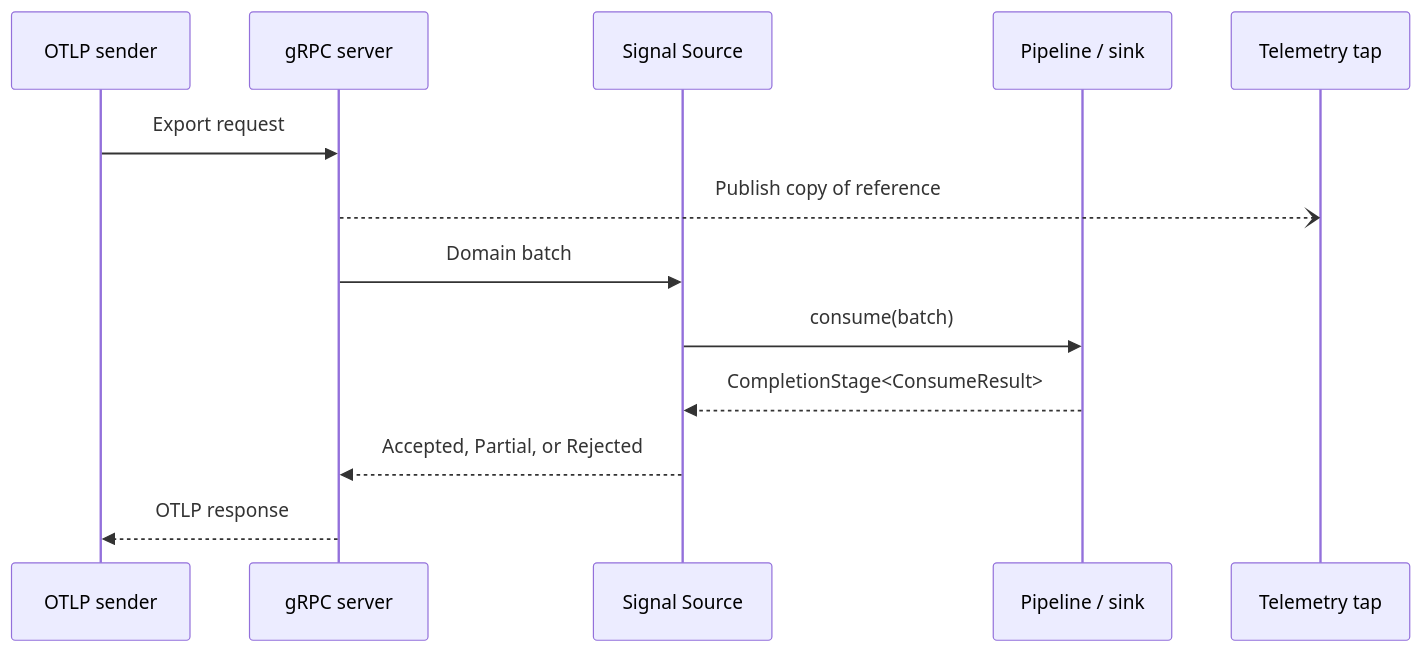
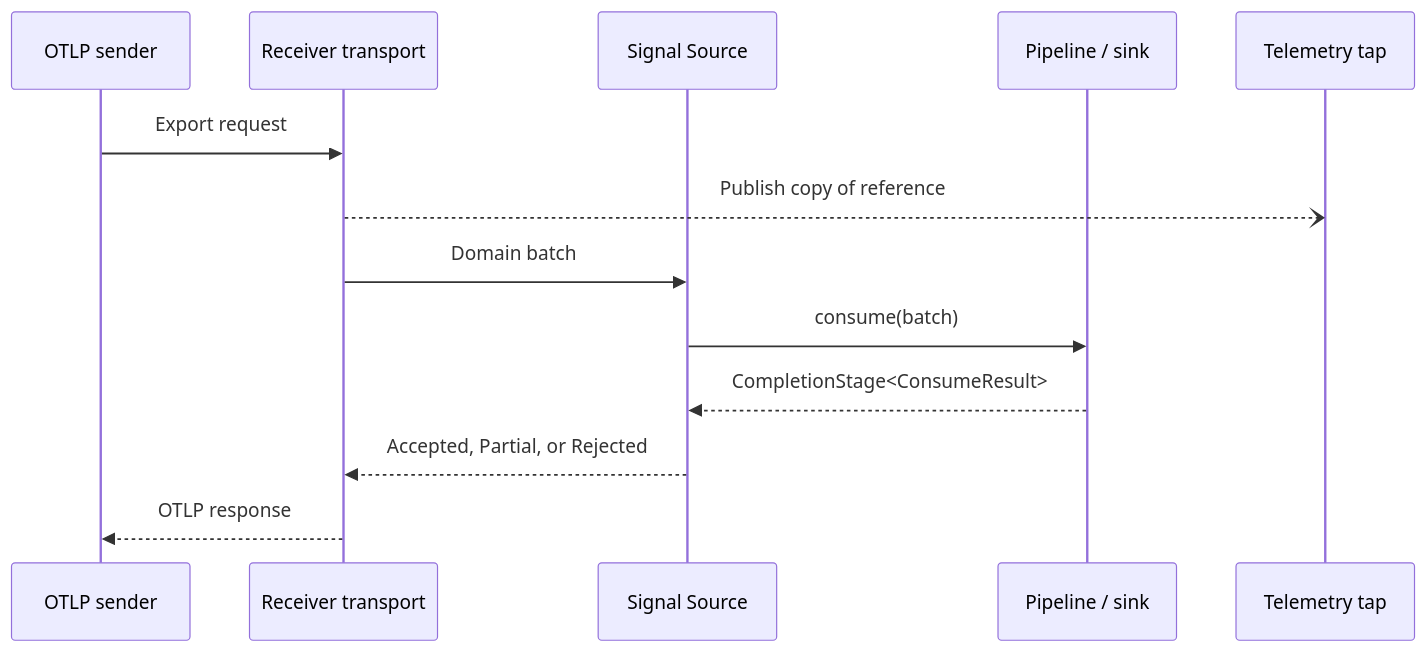
The second of 2 diagrams in docs/architecture.md (thiagogcm/otlp4j), drawn with Mermaid before and after one commit. The commit also changed other lines of this file and 1 other file, not shown here.

````diff
--- a/docs/architecture.md
+++ b/docs/architecture.md
@@ -32,16 +32,16 @@
 ```mermaid
 sequenceDiagram
     participant Sender as OTLP sender
-    participant Server as gRPC server
+    participant Server as Receiver transport
     participant Source as Signal Source
     participant Sink as Pipeline / sink
     participant Tap as Telemetry tap
 
     Sender->>Server: Export request
     Server--)Tap: Publish copy of reference
     Server->>Source: Domain batch
     Source->>Sink: consume(batch)
     Sink-->>Source: CompletionStage<ConsumeResult>
     Source-->>Server: Accepted, Partial, or Rejected
     Server-->>Sender: OTLP response
 ```
````
